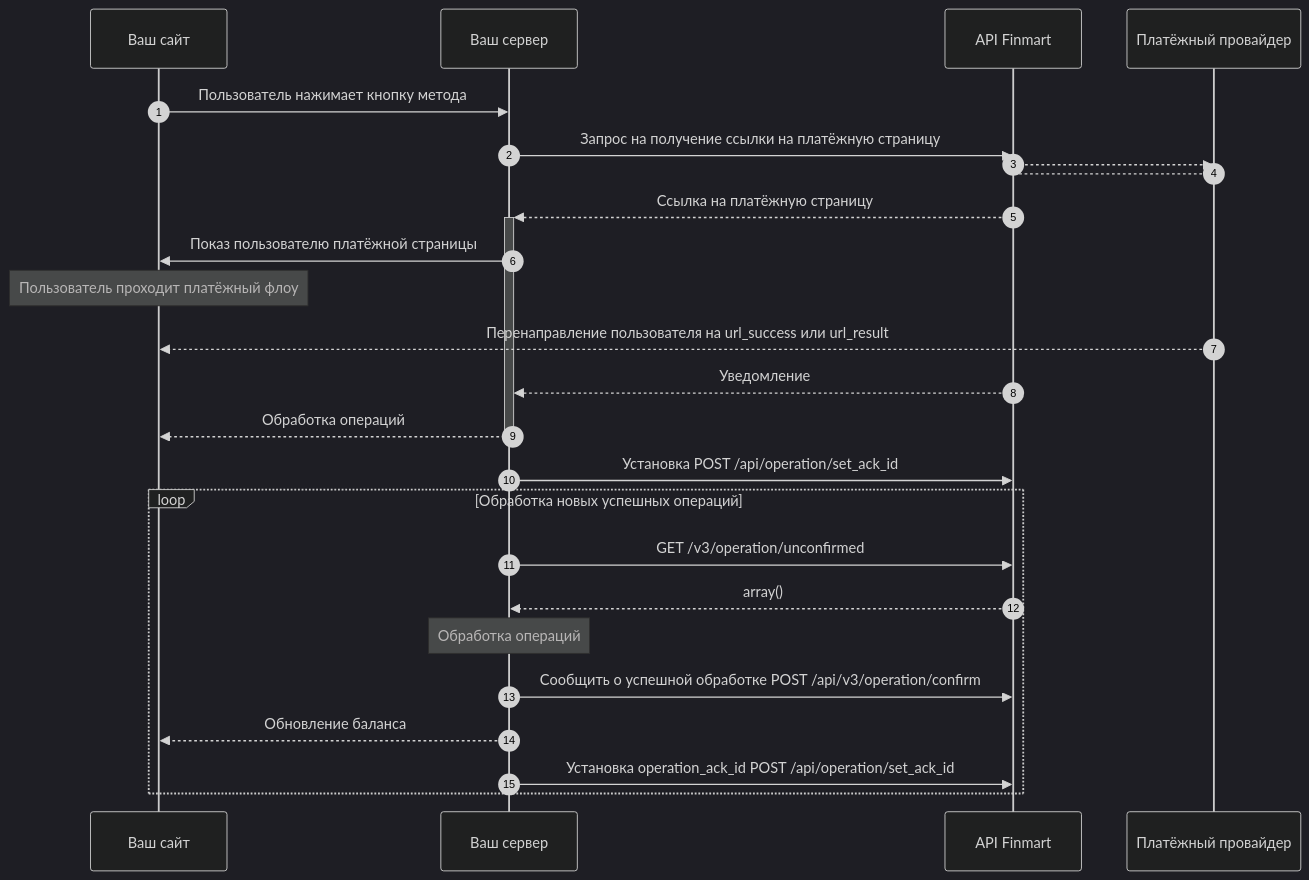
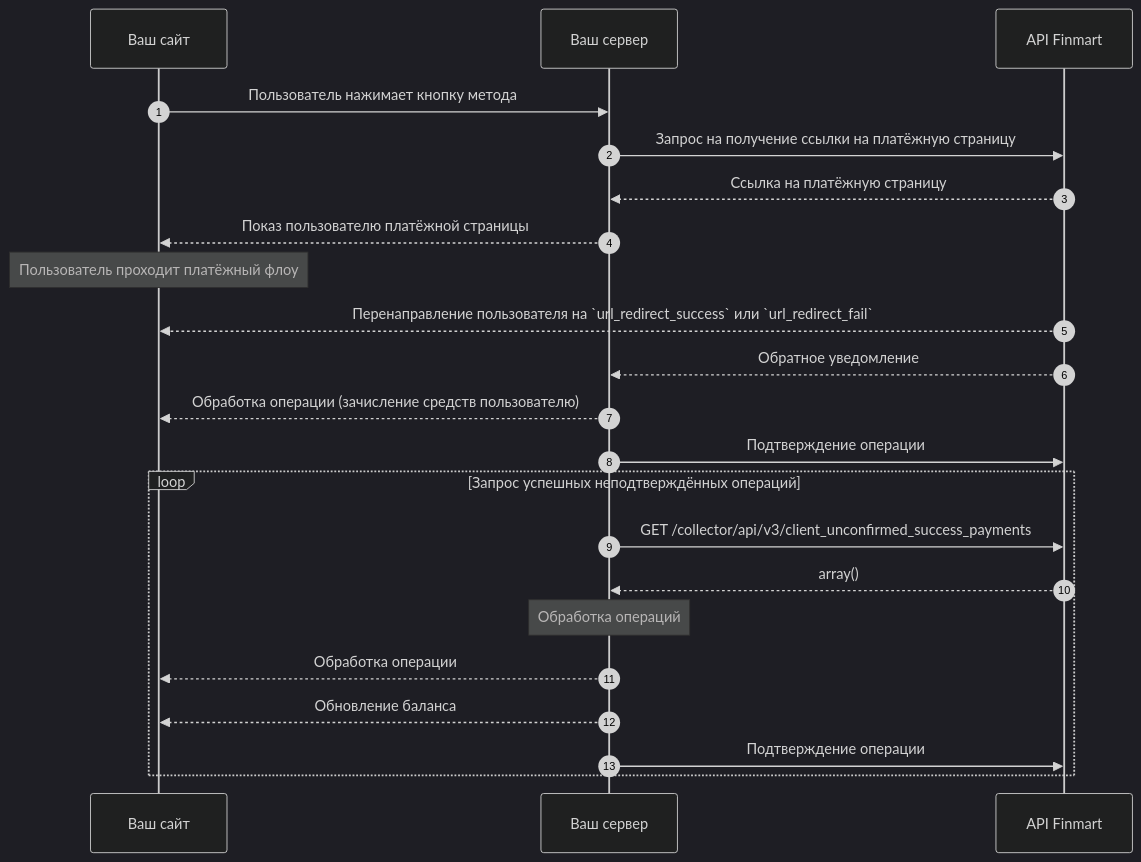
Before and after one commit to sergeyglobo/documentation: the diagram in products/card.mdx, drawn with Mermaid (dark theme). The commit also changed other lines of this file, not shown here.

````diff
--- a/products/card.mdx
+++ b/products/card.mdx
@@ -16,27 +14,45 @@
 ```mermaid
 sequenceDiagram
+
 autonumber
-    participant site as Ваш сайт #lightGreen
-    participant server as Ваш сервер
-    participant finmart as API Finmart 
-    participant	payment as Платёжный провайдер
-    site->>server: Пользователь нажимает кнопку метода 
-    server->>finmart: Запрос на получение ссылки на платёжную страницу 
-    finmart-->>payment: 
-    payment-->finmart: 
-    finmart-->>+server: Ссылка на платёжную страницу 
-    server->>site: Показ пользователю платёжной страницы
-    note over site:  Пользователь проходит платёжный флоу
-    payment-->>site: Перенаправление пользователя на url_success или url_result
-    finmart-->>server: Уведомление
-    server-->>-site: Обработка операций
-    server->>finmart: Установка POST /api/operation/set_ack_id    
-    loop Обработка новых успешных операций
-		    server->>finmart: GET /v3/operation/unconfirmed
-		    finmart-->>server: array()
-	     note over server: Обработка операций
-			  server->>finmart: Сообщить о успешной обработке POST /api/v3/operation/confirm
-        server -->>site: Обновление баланса
-        server->>finmart: Установка operation_ack_id POST /api/operation/set_ack_id    
-    end
+
+    participant site as Ваш сайт #lightGreen
+
+    participant server as Ваш сервер
+
+    participant finmart as API Finmart
+
+    site->>server: Пользователь нажимает кнопку метода
+
+    server->>finmart: Запрос на получение ссылки на платёжную страницу
+
+    finmart-->>server: Ссылка на платёжную страницу
+
+    server-->>site: Показ пользователю платёжной страницы
+
+    note over site:  Пользователь проходит платёжный флоу
+
+    finmart-->>site: Перенаправление пользователя на `url_redirect_success` или `url_redirect_fail`
+
+    finmart-->>server: Обратное уведомление
+
+    server-->>site: Обработка операции (зачисление средств пользователю)
+
+    server->>finmart: Подтверждение операции    
+
+    loop Запрос успешных неподтверждённых операций
+
+            server->>finmart: GET /collector/api/v3/client_unconfirmed_success_payments
+
+            finmart-->>server: array()
+
+        note over server: Обработка операций
+
+        server -->> site: Обработка операции
+
+        server -->>site: Обновление баланса
+
+        server->>finmart: Подтверждение операции        
+
+    end
 ```
````
